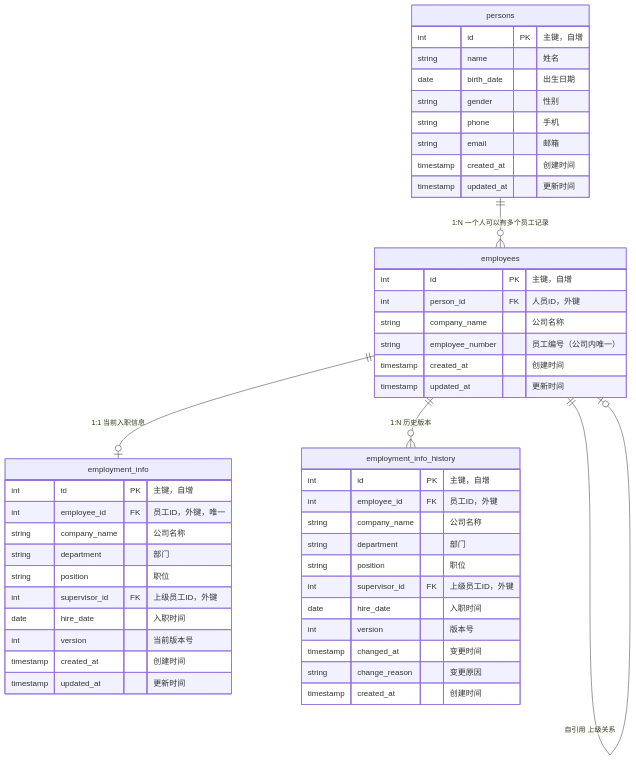
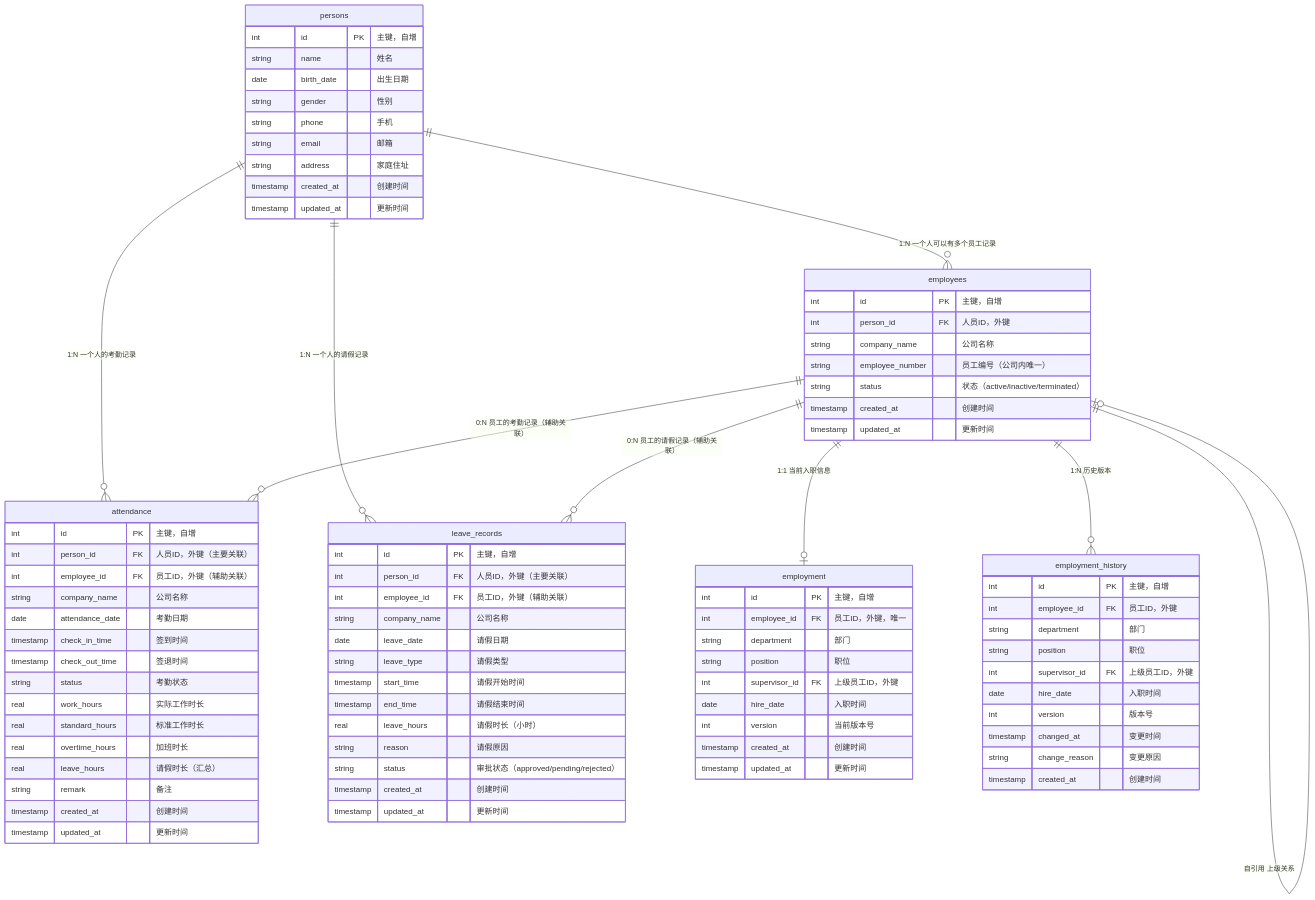
Before and after one commit to caochun/ndscguys: the diagram in README.md, drawn with Mermaid. The commit also changed other lines of this file and 28 other files, not shown here.

````diff
--- a/README.md
+++ b/README.md
@@ -91,9 +127,13 @@
 ```mermaid
 erDiagram
     persons ||--o{ employees : "1:N 一个人可以有多个员工记录"
-    employees ||--o| employment_info : "1:1 当前入职信息"
-    employees ||--o{ employment_info_history : "1:N 历史版本"
+    persons ||--o{ attendance : "1:N 一个人的考勤记录"
+    persons ||--o{ leave_records : "1:N 一个人的请假记录"
+    employees ||--o| employment : "1:1 当前入职信息"
+    employees ||--o{ employment_history : "1:N 历史版本"
     employees ||--o| employees : "自引用 上级关系"
+    employees ||--o{ attendance : "0:N 员工的考勤记录（辅助关联）"
+    employees ||--o{ leave_records : "0:N 员工的请假记录（辅助关联）"
     
     persons {
         int id PK "主键，自增"
@@ -102,6 +142,7 @@
         string gender "性别"
         string phone "手机"
         string email "邮箱"
+        string address "家庭住址"
         timestamp created_at "创建时间"
         timestamp updated_at "更新时间"
     }
@@ -111,14 +152,14 @@
         int person_id FK "人员ID，外键"
         string company_name "公司名称"
         string employee_number "员工编号（公司内唯一）"
+        string status "状态（active/inactive/terminated）"
         timestamp created_at "创建时间"
         timestamp updated_at "更新时间"
     }
     
-    employment_info {
+    employment {
         int id PK "主键，自增"
         int employee_id FK "员工ID，外键，唯一"
-        string company_name "公司名称"
         string department "部门"
         string position "职位"
         int supervisor_id FK "上级员工ID，外键"
@@ -128,10 +169,9 @@
         timestamp updated_at "更新时间"
     }
     
-    employment_info_history {
+    employment_history {
         int id PK "主键，自增"
         int employee_id FK "员工ID，外键"
-        string company_name "公司名称"
         string department "部门"
         string position "职位"
         int supervisor_id FK "上级员工ID，外键"
@@ -141,4 +181,38 @@
         string change_reason "变更原因"
         timestamp created_at "创建时间"
     }
+    
+    attendance {
+        int id PK "主键，自增"
+        int person_id FK "人员ID，外键（主要关联）"
+        int employee_id FK "员工ID，外键（辅助关联）"
+        string company_name "公司名称"
+        date attendance_date "考勤日期"
+        timestamp check_in_time "签到时间"
+        timestamp check_out_time "签退时间"
+        string status "考勤状态"
+        real work_hours "实际工作时长"
+        real standard_hours "标准工作时长"
+        real overtime_hours "加班时长"
+        real leave_hours "请假时长（汇总）"
+        string remark "备注"
+        timestamp created_at "创建时间"
+        timestamp updated_at "更新时间"
+    }
+    
+    leave_records {
+        int id PK "主键，自增"
+        int person_id FK "人员ID，外键（主要关联）"
+        int employee_id FK "员工ID，外键（辅助关联）"
+        string company_name "公司名称"
+        date leave_date "请假日期"
+        string leave_type "请假类型"
+        timestamp start_time "请假开始时间"
+        timestamp end_time "请假结束时间"
+        real leave_hours "请假时长（小时）"
+        string reason "请假原因"
+        string status "审批状态（approved/pending/rejected）"
+        timestamp created_at "创建时间"
+        timestamp updated_at "更新时间"
+    }
 ```
````
